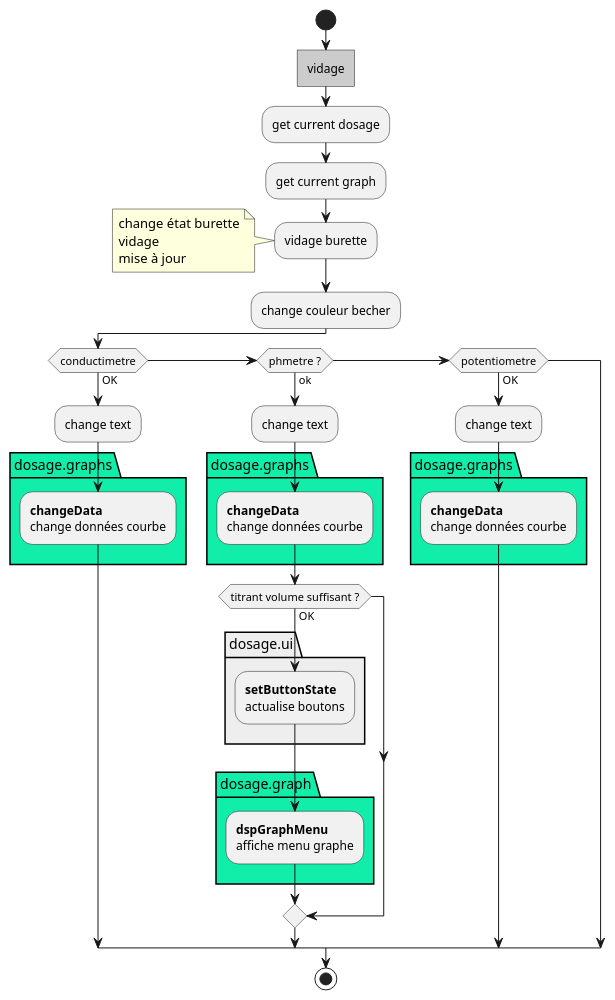
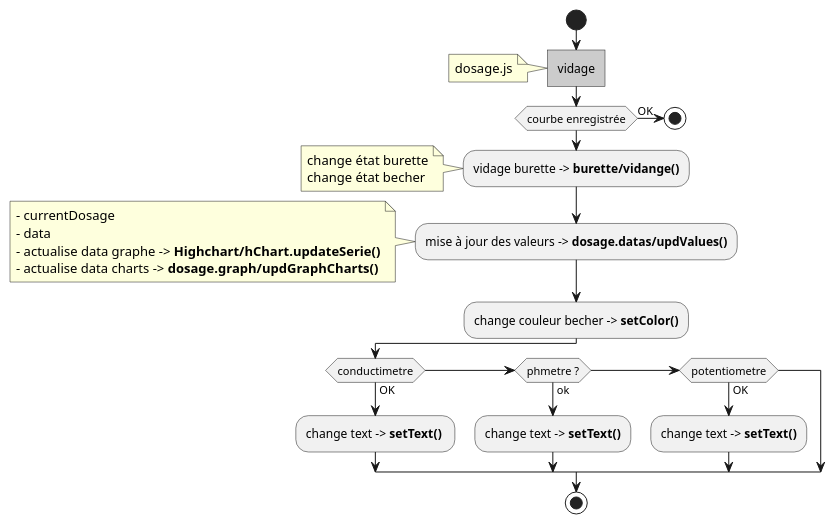
Before and after one commit to gonzalez-bernard/dosage_new: the diagram in documentation/Dosage/vidage.wsd, drawn with PlantUML. The commit also changed 59 other files, not shown here.

```diff
--- a/documentation/Dosage/vidage.wsd
+++ b/documentation/Dosage/vidage.wsd
@@ -1,45 +1,32 @@
 @startuml vidage
 start
   #CCCCCC:vidage]
-  :get current dosage;
-  :get current graph;
-  :vidage burette;
+  note
+    dosage.js
+  end note
+  if (courbe enregistrée) then (OK) 
+    stop
+  endif
+  :vidage burette -> <b>burette/vidange();
   note 
     change état burette
-    vidage
-    mise à jour
+    change état becher
   end note
-  :change couleur becher;
+  :mise à jour des valeurs -> <b>dosage.datas/updValues();
+  note
+    - currentDosage
+    - data
+    - actualise data graphe -> <b>Highchart/hChart.updateSerie()
+    - actualise data charts -> <b>dosage.graph/updGraphCharts()
+  end note
+  :change couleur becher -> <b>setColor();
   if (conductimetre) then (OK)
-    :change text;
-    package #11EEAA dosage.graphs {
-      :<b>changeData</b>
-      change données courbe;
-    }
+    :change text -> <b>setText() ;
   elseif (phmetre ?) then (ok)
-    :change text;
-    package #11EEAA dosage.graphs {
-      :<b>changeData</b>
-      change données courbe;
-    }
-    if (titrant volume suffisant ?) then (OK)
-      package  #EEEEEE dosage.ui {
-        :<b>setButtonState</b>
-        actualise boutons;
-      }
-      package #11EEAA dosage.graph {
-        :<b>dspGraphMenu</b>
-        affiche menu graphe;
-      }
-    endif
-  
+    :change text -> <b>setText();
   elseif (potentiometre) then (OK)
-    :change text;
-    package #11EEAA dosage.graphs {
-      :<b>changeData</b>
-      change données courbe;
-    }
+    :change text -> <b>setText();
   endif
   
 stop
 @enduml
```
